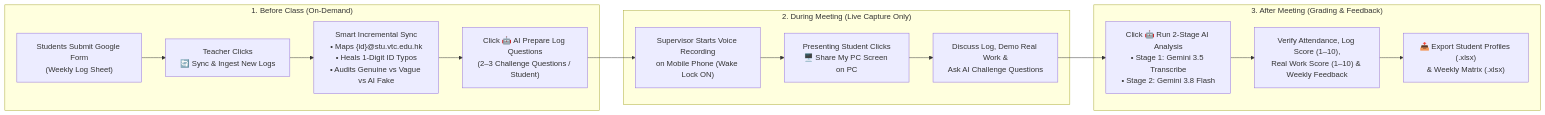
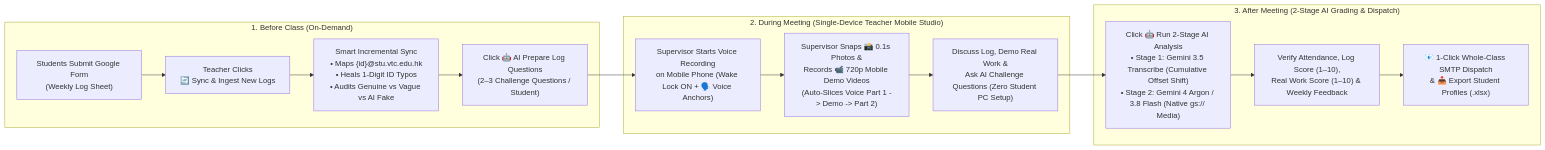
One commit to wongcyrus/Google-AI-Classroom changed the first of 4 diagrams in docs/project-group-meetings-and-weekly-log-user-guide.md. Above: the diagram before and after it, drawn with Mermaid. The commit also changed other lines of this file and 13 other files, not shown here.

Commit message:
docs: sync README, docs, blog index, and Marp presentation with 4-mode Bingo, 2 QR attendance, Zero-FFmpeg Capstone Supervision, and live DEV.to links

````diff
--- a/docs/project-group-meetings-and-weekly-log-user-guide.md
+++ b/docs/project-group-meetings-and-weekly-log-user-guide.md
@@ -44,20 +44,20 @@
 ```mermaid
 flowchart LR
     subgraph Before ["1. Before Class (On-Demand)"]
         A["Students Submit Google Form\n(Weekly Log Sheet)"] --> B["Teacher Clicks\n🔄 Sync & Ingest New Logs"]
         B --> C["Smart Incremental Sync\n• Maps {id}@stu.vtc.edu.hk\n• Heals 1-Digit ID Typos\n• Audits Genuine vs Vague vs AI Fake"]
         C --> D["Click 🤖 AI Prepare Log Questions\n(2–3 Challenge Questions / Student)"]
     end
 
-    subgraph During ["2. During Meeting (Live Capture Only)"]
-        D --> E["Supervisor Starts Voice Recording\non Mobile Phone (Wake Lock ON)"]
-        E --> F["Presenting Student Clicks\n🖥️ Share My PC Screen on PC"]
-        F --> G["Discuss Log, Demo Real Work &\nAsk AI Challenge Questions"]
+    subgraph During ["2. During Meeting (Single-Device Teacher Mobile Studio)"]
+        D --> E["Supervisor Starts Voice Recording\non Mobile Phone (Wake Lock ON + 🗣️ Voice Anchors)"]
+        E --> F["Supervisor Snaps 📸 0.1s Photos &\nRecords 📹 720p Mobile Demo Videos\n(Auto-Slices Voice Part 1 -> Demo -> Part 2)"]
+        F --> G["Discuss Log, Demo Real Work &\nAsk AI Challenge Questions (Zero Student PC Setup)"]
     end
 
-    subgraph After ["3. After Meeting (Grading & Feedback)"]
-        G --> H["Click 🤖 Run 2-Stage AI Analysis\n• Stage 1: Gemini 3.5 Transcribe\n• Stage 2: Gemini 3.8 Flash"]
+    subgraph After ["3. After Meeting (2-Stage AI Grading & Dispatch)"]
+        G --> H["Click 🤖 Run 2-Stage AI Analysis\n• Stage 1: Gemini 3.5 Transcribe (Cumulative Offset Shift)\n• Stage 2: Gemini 4 Argon / 3.8 Flash (Native gs:// Media)"]
         H --> I["Verify Attendance, Log Score (1–10),\nReal Work Score (1–10) & Weekly Feedback"]
-        I --> J["📥 Export Student Profiles (.xlsx)\n& Weekly Matrix (.xlsx)"]
+        I --> J["📧 1-Click Whole-Class SMTP Dispatch\n& 📥 Export Student Profiles (.xlsx)"]
     end
 ```
````
